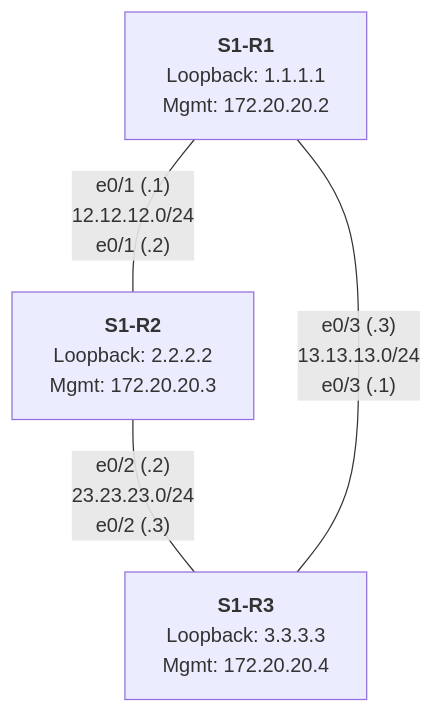
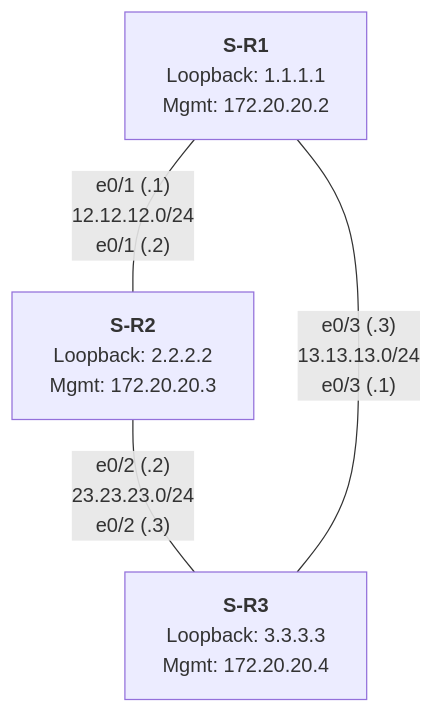
The diagram in Lab-01-First-Commands.md (actswartz/mufg), drawn with Mermaid before and after one commit. The commit also changed other lines of this file and 289 other files, not shown here.

````diff
--- a/Lab-01-First-Commands.md
+++ b/Lab-01-First-Commands.md
@@ -44,10 +42,10 @@
 ```mermaid
 graph TD
-    R1["<b>S1-R1</b><br/>Loopback: 1.1.1.1<br/>Mgmt: 172.20.20.2"]
-    R2["<b>S1-R2</b><br/>Loopback: 2.2.2.2<br/>Mgmt: 172.20.20.3"]
-    R3["<b>S1-R3</b><br/>Loopback: 3.3.3.3<br/>Mgmt: 172.20.20.4"]
+    R1["<b>S<student_id>-R1</b><br/>Loopback: 1.1.1.1<br/>Mgmt: 172.20.20.2"]
+    R2["<b>S<student_id>-R2</b><br/>Loopback: 2.2.2.2<br/>Mgmt: 172.20.20.3"]
+    R3["<b>S<student_id>-R3</b><br/>Loopback: 3.3.3.3<br/>Mgmt: 172.20.20.4"]
 
     R1 -- "e0/1 (.1) <br/> 12.12.12.0/24 <br/> e0/1 (.2)" --- R2
     R2 -- "e0/2 (.2) <br/> 23.23.23.0/24 <br/> e0/2 (.3)" --- R3
     R3 -- "e0/3 (.3) <br/> 13.13.13.0/24 <br/> e0/3 (.1)" --- R1
 ```
````
